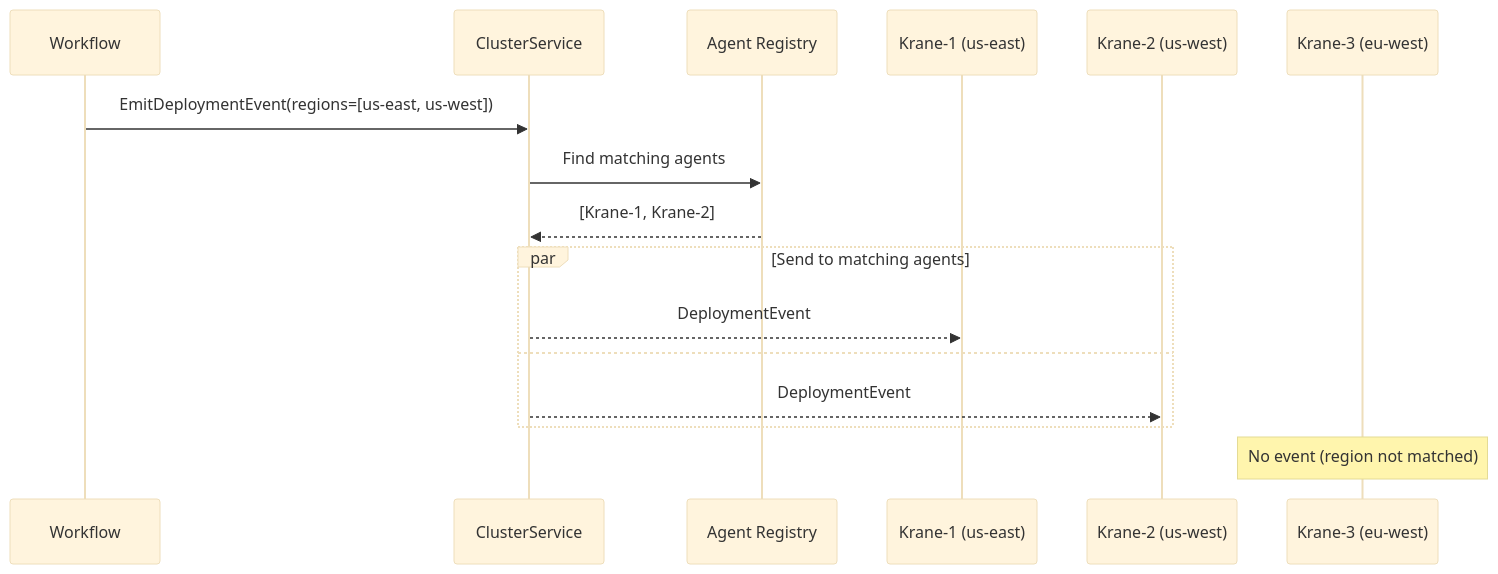
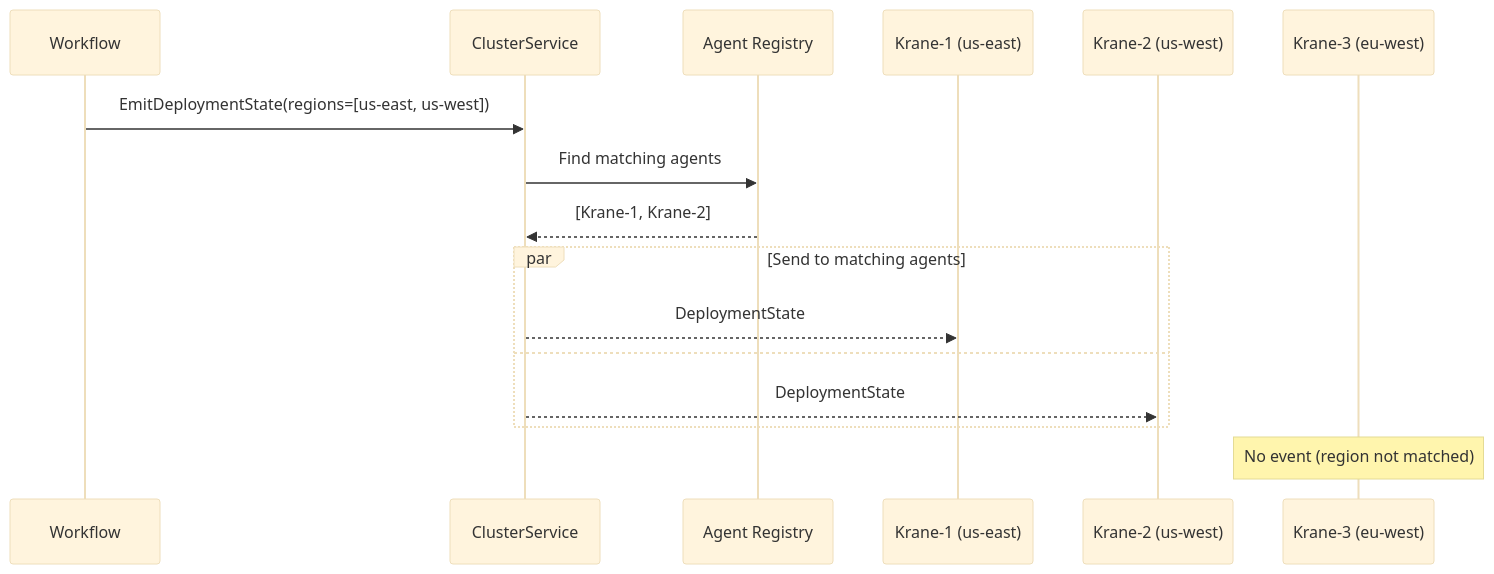
Before and after one commit to unkeyed/unkey: the fifth of 10 diagrams in apps/engineering/content/docs/architecture/workflows/deployment-workflow-pull-based.mdx, drawn with Mermaid (base theme). The commit also changed other lines of this file and 39 other files, not shown here.

````diff
--- a/apps/engineering/content/docs/architecture/workflows/deployment-workflow-pull-based.mdx
+++ b/apps/engineering/content/docs/architecture/workflows/deployment-workflow-pull-based.mdx
@@ -264,22 +264,22 @@
 ```mermaid
 sequenceDiagram
     participant W as Workflow
     participant CS as ClusterService
     participant AR as Agent Registry
     participant K1 as Krane-1 (us-east)
     participant K2 as Krane-2 (us-west)
     participant K3 as Krane-3 (eu-west)
     
-    W->>CS: EmitDeploymentEvent(regions=[us-east, us-west])
+    W->>CS: EmitDeploymentState(regions=[us-east, us-west])
     
     CS->>AR: Find matching agents
     AR-->>CS: [Krane-1, Krane-2]
     
     par Send to matching agents
-        CS-->>K1: DeploymentEvent
+        CS-->>K1: DeploymentState
     and
-        CS-->>K2: DeploymentEvent
+        CS-->>K2: DeploymentState
     end
     
     Note over K3: No event (region not matched)
 ```
````
